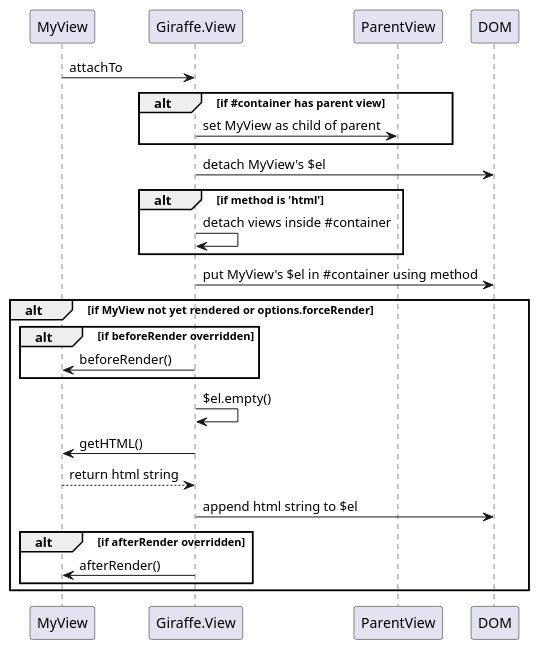
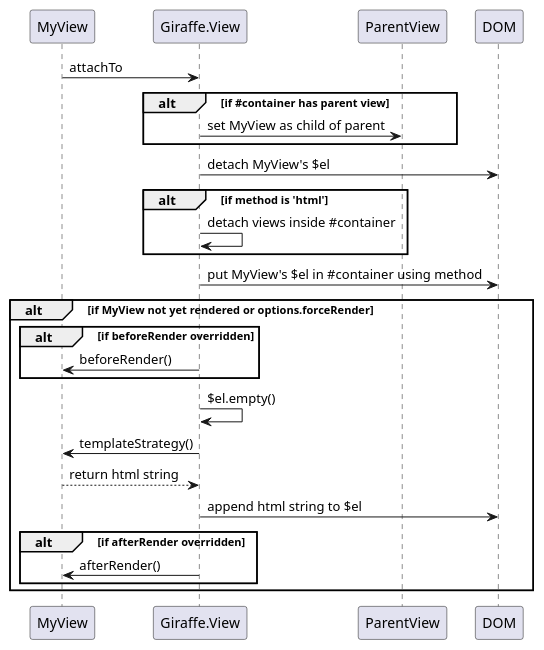
The diagram in src/docs/viewBasics.md (barc/backbone.giraffe), drawn with PlantUML before and after one commit. The commit also changed other lines of this file and 11 other files, not shown here.

Commit message:
switched getHTML for templateStrategy

````diff
--- a/src/docs/viewBasics.md
+++ b/src/docs/viewBasics.md
@@ -148,36 +147,36 @@
 ```uml
 participant MyView
 participant GView as "Giraffe.View"
 
 MyView -> GView: attachTo
 
 alt if #container has parent view
     GView -> ParentView: set MyView as child of parent
 end
 
 GView -> DOM: detach MyView's $el
 
 alt if method is 'html'
   GView -> GView: detach views inside #container
 end
 
 GView -> DOM: put MyView's $el in #container using method
 
 alt if MyView not yet rendered or options.forceRender
   alt if beforeRender overridden
       GView -> MyView: beforeRender()
   end
 
   GView -> GView: $el.empty()
 
-  GView -> MyView: getHTML()
+  GView -> MyView: templateStrategy()
 
   MyView --> GView: return html string
 
   GView -> DOM: append html string to $el
 
   alt if afterRender overridden
       GView -> MyView: afterRender()
   end
 end
 ```
````
